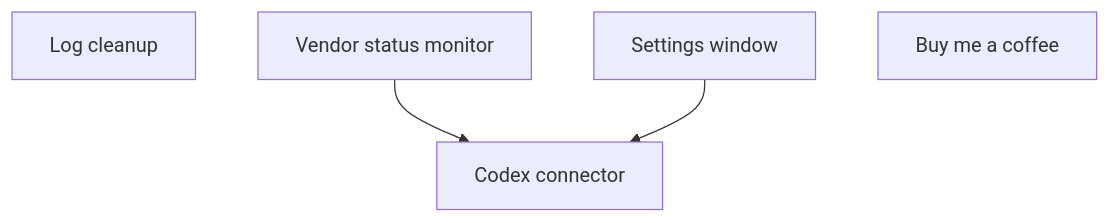
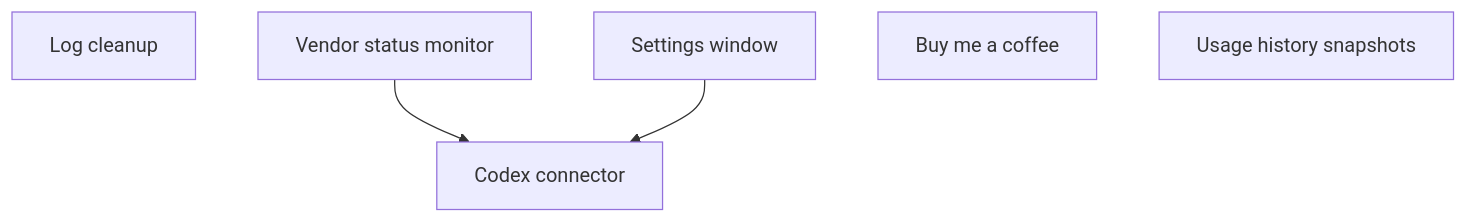
The diagram in roadmap/index.md (fcamblor/mac-ai-trackers), drawn with Mermaid before and after one commit. The commit also changed other lines of this file and 1 other file, not shown here.

Commit message:
feat(roadmap): add usage history snapshots epic
Ajoute une nouvelle épic pour capturer des « photos » périodiques des
métriques à intervalle régulier (1 minute) dans un fichier JSONL. Cela
permettra d'afficher des graphiques de progression de la consommation
dans le temps.

L'épic décrit un SnapshotRecorder actor qui enregistre vendor, account,
nom de métrique, kind et valeur (usagePercent ou currentAmount).
Aucune dépendance sur les épics ouverts existants.

Entire-Checkpoint: bac3bc70f3f3

````diff
--- a/roadmap/index.md
+++ b/roadmap/index.md
@@ -11,10 +11,11 @@
 ```mermaid
 graph TD
     log-cleanup["Log cleanup"]
     vendor-status-monitor["Vendor status monitor"]
     settings-window["Settings window"]
     buy-me-a-coffee["Buy me a coffee"]
     codex-connector["Codex connector"]
     vendor-status-monitor --> codex-connector
     settings-window --> codex-connector
+    usage-history-snapshots["Usage history snapshots"]
 ```
````
